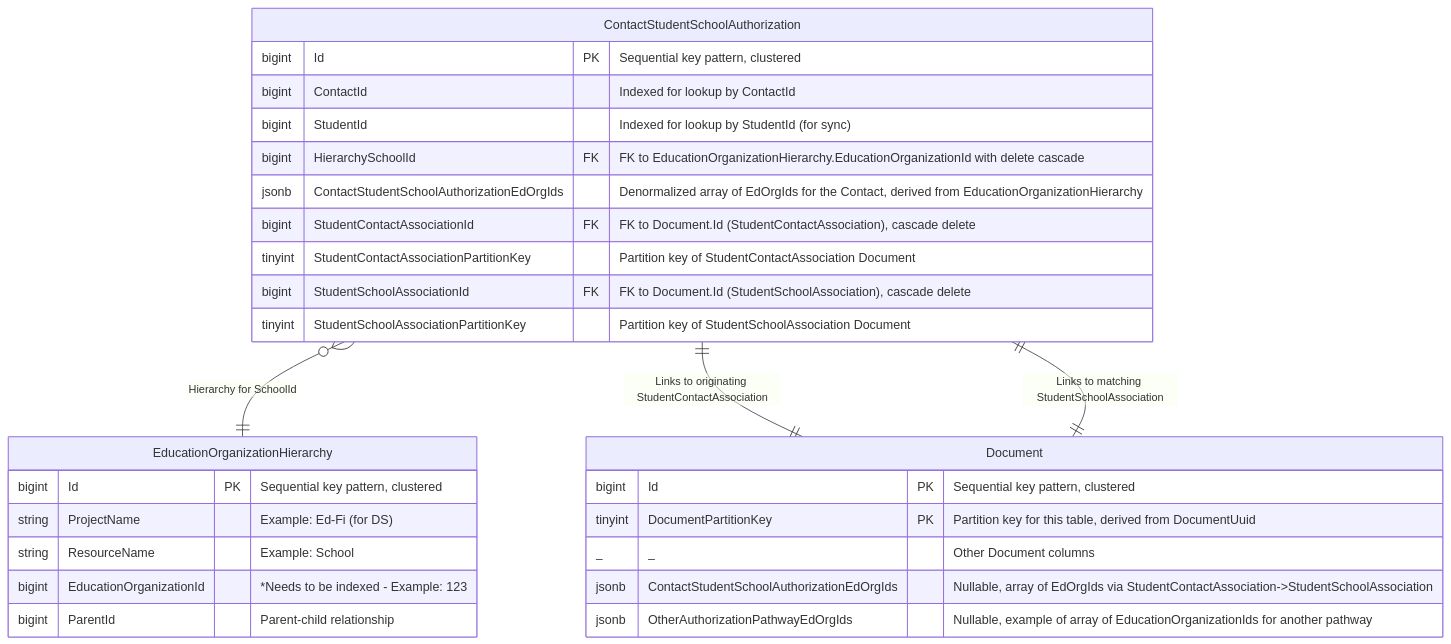
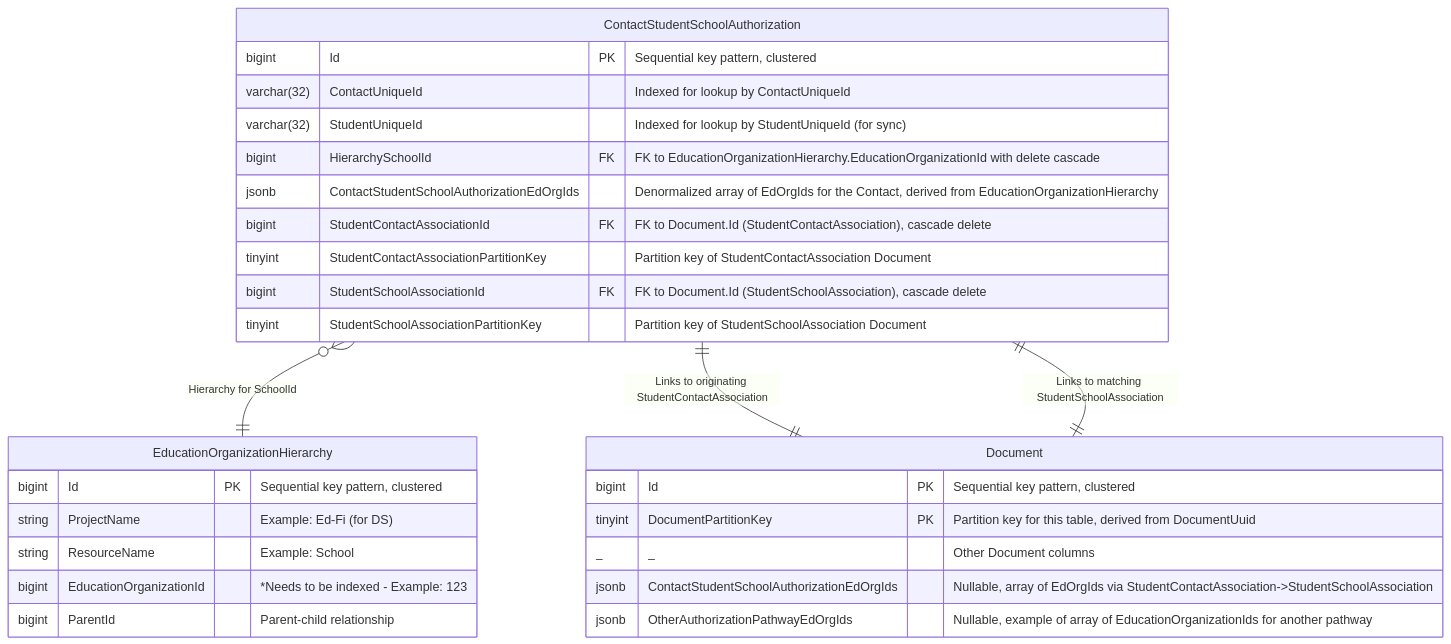
The first of 2 diagrams in docs/DMS/AUTHORIZATION/DOCUMENT-AUTHORIZATION/CONTACT-EDORG-AUTHORIZATION.md (Ed-Fi-Alliance-OSS/Project-Tanager), drawn with Mermaid before and after one commit. The commit also changed other lines of this file, not shown here.

````diff
--- a/docs/DMS/AUTHORIZATION/DOCUMENT-AUTHORIZATION/CONTACT-EDORG-AUTHORIZATION.md
+++ b/docs/DMS/AUTHORIZATION/DOCUMENT-AUTHORIZATION/CONTACT-EDORG-AUTHORIZATION.md
@@ -13,34 +13,34 @@
 ```mermaid
 erDiagram
     ContactStudentSchoolAuthorization o{--|| EducationOrganizationHierarchy : "Hierarchy for SchoolId"
     ContactStudentSchoolAuthorization ||--|| Document : "Links to originating StudentContactAssociation"
     ContactStudentSchoolAuthorization ||--|| Document : "Links to matching StudentSchoolAssociation"
 
     ContactStudentSchoolAuthorization {
         bigint Id PK "Sequential key pattern, clustered"
-        bigint ContactId "Indexed for lookup by ContactId"
-        bigint StudentId "Indexed for lookup by StudentId (for sync)"
+        varchar(32) ContactUniqueId "Indexed for lookup by ContactUniqueId"
+        varchar(32) StudentUniqueId "Indexed for lookup by StudentUniqueId (for sync)"
         bigint HierarchySchoolId FK "FK to EducationOrganizationHierarchy.EducationOrganizationId with delete cascade"
         jsonb ContactStudentSchoolAuthorizationEdOrgIds "Denormalized array of EdOrgIds for the Contact, derived from EducationOrganizationHierarchy"
         bigint StudentContactAssociationId FK "FK to Document.Id (StudentContactAssociation), cascade delete"
         tinyint StudentContactAssociationPartitionKey "Partition key of StudentContactAssociation Document"
         bigint StudentSchoolAssociationId FK "FK to Document.Id (StudentSchoolAssociation), cascade delete"
         tinyint StudentSchoolAssociationPartitionKey "Partition key of StudentSchoolAssociation Document"
     }
 
     EducationOrganizationHierarchy {
         bigint Id PK "Sequential key pattern, clustered"
         string ProjectName "Example: Ed-Fi (for DS)"
         string ResourceName "Example: School"
         bigint EducationOrganizationId "*Needs to be indexed - Example: 123"
         bigint ParentId "Parent-child relationship"
     }
 
     Document {
         bigint Id PK "Sequential key pattern, clustered"
         tinyint DocumentPartitionKey PK "Partition key for this table, derived from DocumentUuid"
          _ _ "Other Document columns"
         jsonb ContactStudentSchoolAuthorizationEdOrgIds "Nullable, array of EdOrgIds via StudentContactAssociation->StudentSchoolAssociation"
         jsonb OtherAuthorizationPathwayEdOrgIds "Nullable, example of array of EducationOrganizationIds for another pathway"
     }
 ```
````
